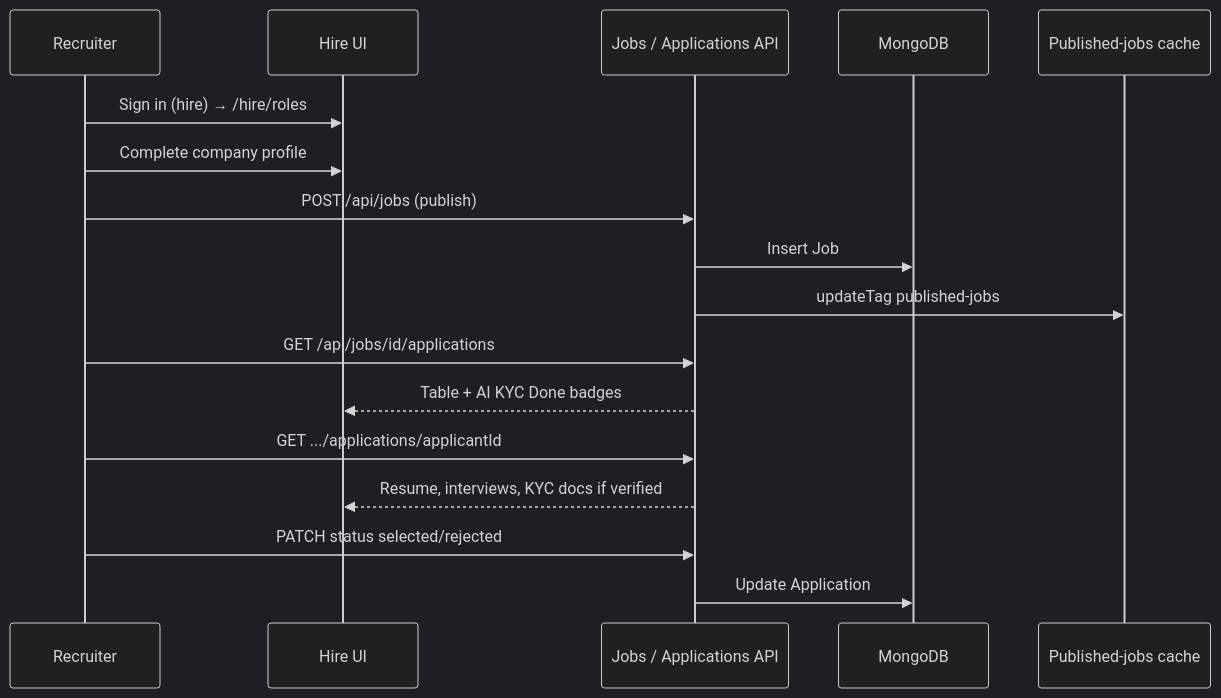
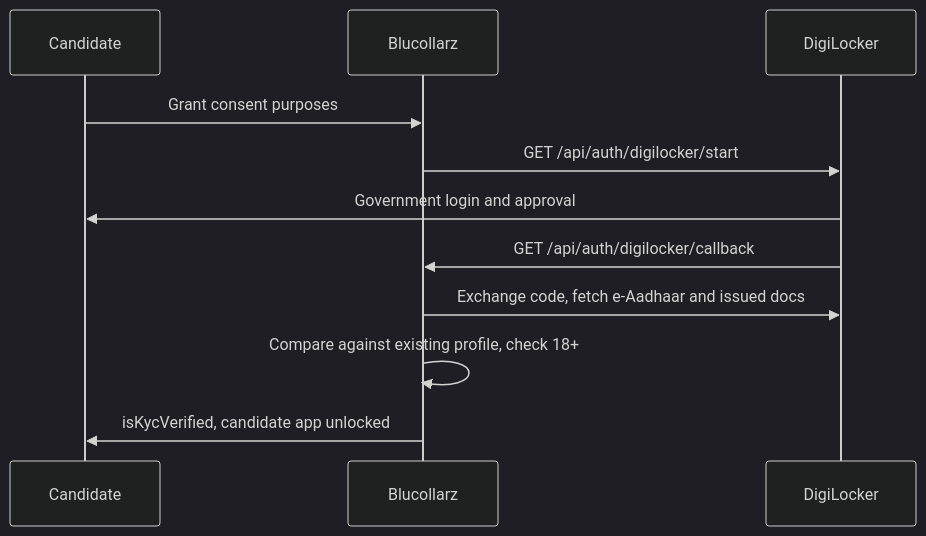
The fourth of 5 diagrams in README.md (Agentic-Labs-India/Project-Bluecollarz), drawn with Mermaid (dark theme) before and after one commit. The commit also changed other lines of this file and 248 other files, not shown here.

````diff
--- a/README.md
+++ b/README.md
@@ -300,20 +234,14 @@
 ```mermaid
 sequenceDiagram
-  participant R as Recruiter
-  participant UI as Hire UI
-  participant API as Jobs / Applications API
-  participant DB as MongoDB
-  participant Cache as Published-jobs cache
+  participant U as Candidate
+  participant App as Blucollarz
+  participant DL as DigiLocker
 
-  R->>UI: Sign in (hire) → /hire/roles
-  R->>UI: Complete company profile
-  R->>API: POST /api/jobs (publish)
-  API->>DB: Insert Job
-  API->>Cache: updateTag published-jobs
-  R->>API: GET /api/jobs/id/applications
-  API-->>UI: Table + AI KYC Done badges
-  R->>API: GET .../applications/applicantId
-  API-->>UI: Resume, interviews, KYC docs if verified
-  R->>API: PATCH status selected/rejected
-  API->>DB: Update Application
+  U->>App: Grant consent purposes
+  App->>DL: GET /api/auth/digilocker/start
+  DL->>U: Government login and approval
+  DL->>App: GET /api/auth/digilocker/callback
+  App->>DL: Exchange code, fetch e-Aadhaar and issued docs
+  App->>App: Compare against existing profile, check 18+
+  App->>U: isKycVerified, candidate app unlocked
 ```
````
